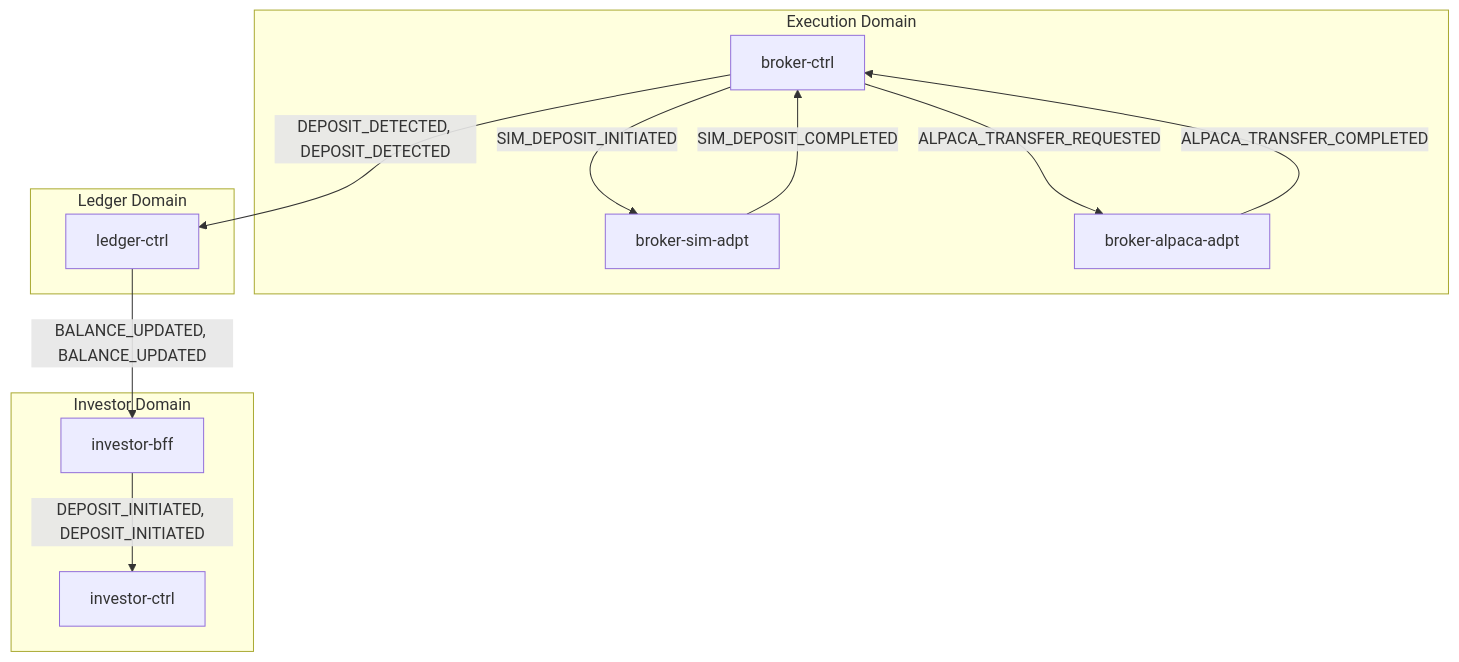
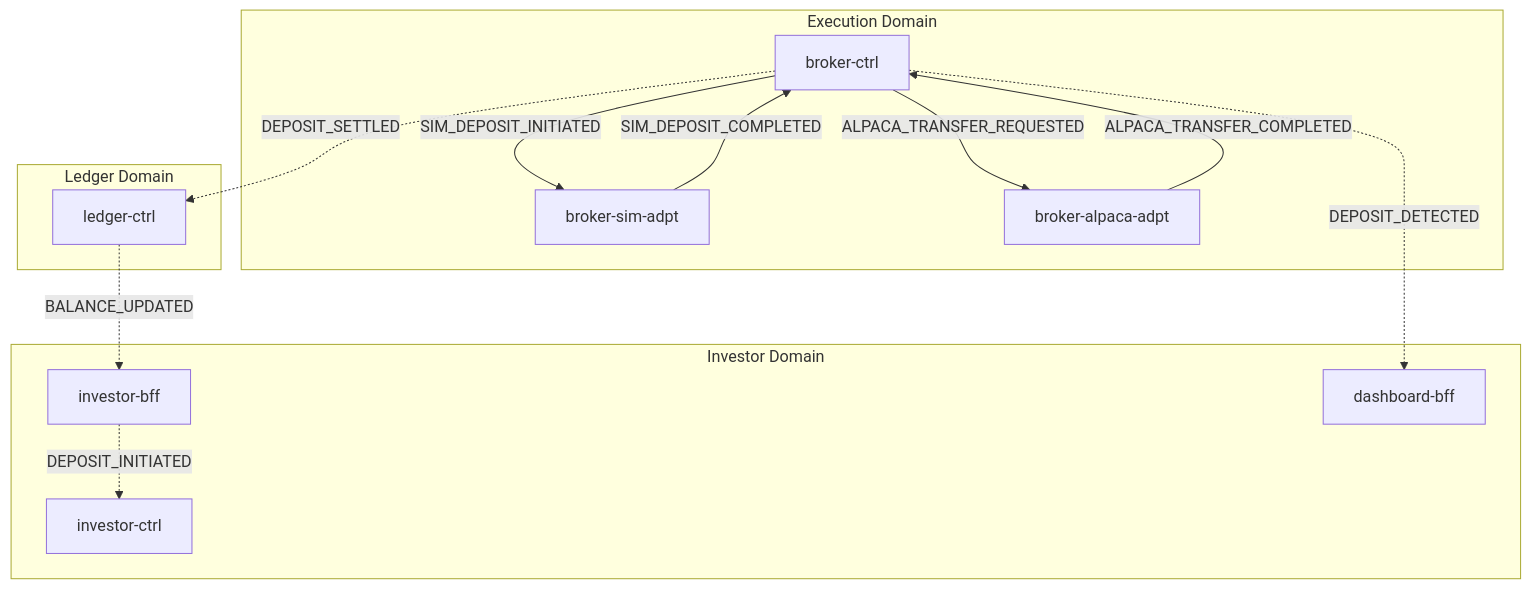
Before and after one commit to fabio-vitali/nestfolio: the first of 2 diagrams in docs/data-flows/deposit.md, drawn with Mermaid. The commit also changed other lines of this file and 25 other files, not shown here.

First line of the commit message:
docs(data-flows): sync flow specs to code + harden generator

````diff
--- a/docs/data-flows/deposit.md
+++ b/docs/data-flows/deposit.md
@@ -11,22 +11,24 @@
 ```mermaid
 flowchart TD
     subgraph investor["Investor Domain"]
         investor_bff["investor-bff"]
         investor_ctrl["investor-ctrl"]
+        dashboard_bff["dashboard-bff"]
     end
     subgraph execution["Execution Domain"]
         broker_ctrl["broker-ctrl"]
         broker_sim_adpt["broker-sim-adpt"]
         broker_alpaca_adpt["broker-alpaca-adpt"]
     end
     subgraph ledger["Ledger Domain"]
         ledger_ctrl["ledger-ctrl"]
     end
-    investor_bff -->|"DEPOSIT_INITIATED, DEPOSIT_INITIATED"| investor_ctrl
+    investor_bff -.->|"DEPOSIT_INITIATED"| investor_ctrl
     broker_ctrl -->|"SIM_DEPOSIT_INITIATED"| broker_sim_adpt
     broker_ctrl -->|"ALPACA_TRANSFER_REQUESTED"| broker_alpaca_adpt
     broker_sim_adpt -->|"SIM_DEPOSIT_COMPLETED"| broker_ctrl
     broker_alpaca_adpt -->|"ALPACA_TRANSFER_COMPLETED"| broker_ctrl
-    broker_ctrl -->|"DEPOSIT_DETECTED, DEPOSIT_DETECTED"| ledger_ctrl
-    ledger_ctrl -->|"BALANCE_UPDATED, BALANCE_UPDATED"| investor_bff
+    broker_ctrl -.->|"DEPOSIT_DETECTED"| dashboard_bff
+    broker_ctrl -.->|"DEPOSIT_SETTLED"| ledger_ctrl
+    ledger_ctrl -.->|"BALANCE_UPDATED"| investor_bff
 ```
````
